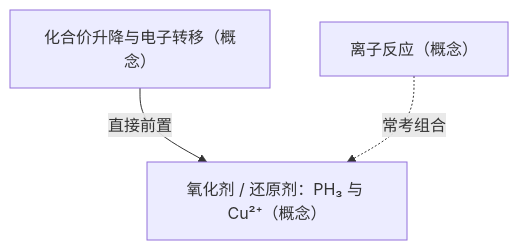
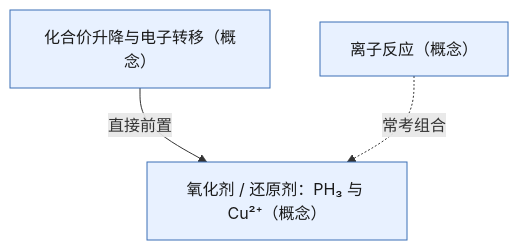
One commit to lihenair/high-school-ai-tutor-skill changed the second of 2 diagrams in README.md. Above: the diagram before and after it, drawn with Mermaid. The commit also changed other lines of this file and 14 other files, not shown here.

````diff
--- a/README.md
+++ b/README.md
@@ -60,5 +64,7 @@
 ```mermaid
 flowchart TD
-  valence["化合价升降与电子转移（概念）"] -->|直接前置| agent["氧化剂 / 还原剂：PH₃ 与 Cu²⁺（概念）"]
-  ion["离子反应（概念）"] -.->|常考组合| agent
+  classDef concept fill:#E8F1FF,stroke:#3B6FB6,color:#1A1A1A
+  classDef skill fill:#E7F6EE,stroke:#2E7D4F,color:#1A1A1A
+  valence["化合价升降与电子转移（概念）"]:::concept -->|直接前置| agent["氧化剂 / 还原剂：PH₃ 与 Cu²⁺（概念）"]:::concept
+  ion["离子反应（概念）"]:::concept -.->|常考组合| agent
 ```
````
